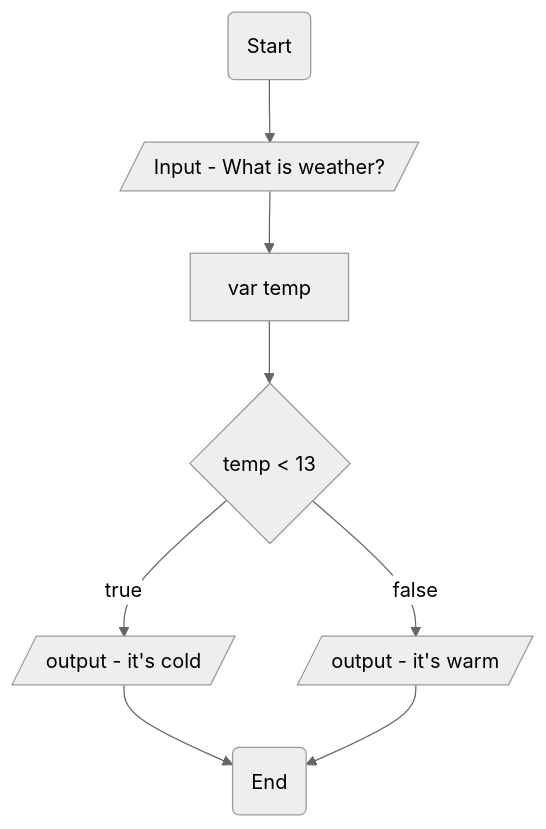
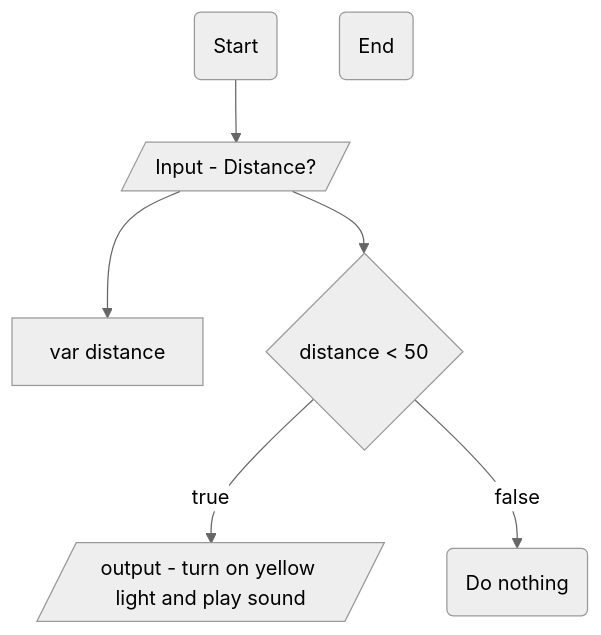
One commit to Lake-Tuggeranong-College/2023S1-Robotics-LS-SmartToy23 changed the second of 3 diagrams in logic.md. Above: the diagram before and after it, drawn with Mermaid (neutral theme). The commit also changed other lines of this file and 3 other files, not shown here.

````diff
--- a/logic.md
+++ b/logic.md
@@ -15,12 +15,11 @@
 ```mermaid
 flowchart TD
-    S(Start)-->Speech[/Input - What is weather?/]
-    Speech --> Weather[var temp]
-Weather --> Check{temp < 13}
-Check -->|true| cold[/output - it's cold/]
-Check -->|false| warm[/output - it's warm/]
+    S(Start)-->Sonar[/Input - Distance?/]
+    Sonar --> Distance[var distance]
+Sonar --> Check{distance < 50}
+Check -->|true| play[/output - turn on yellow light and play sound/]
+Check -->|false| noplay(Do nothing)
 E(End)
-cold --> E
-warm --> E
+
    
 ```
````
